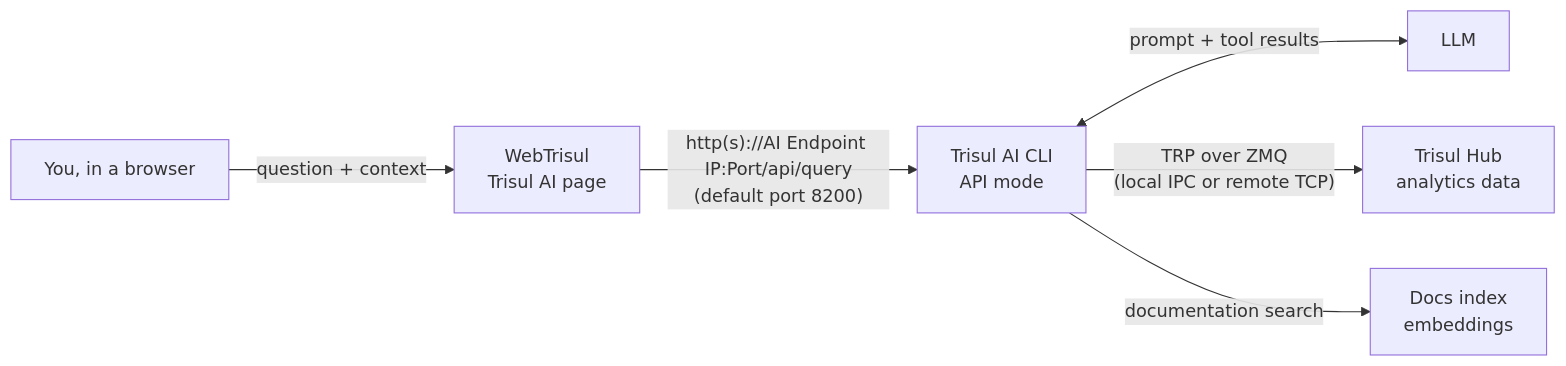
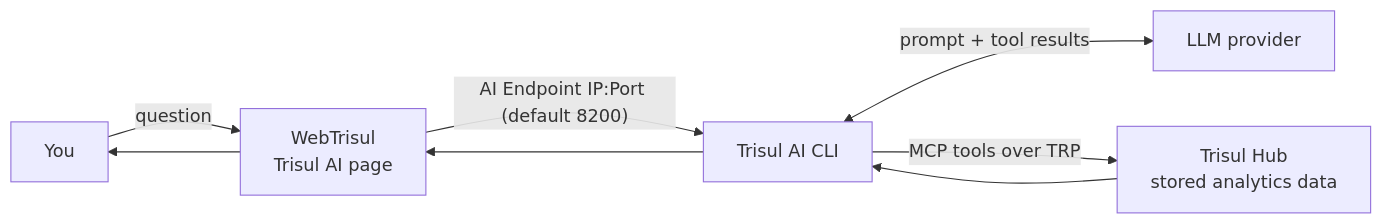
Before and after one commit to trisulnsm/dinodoc: the diagram in trisuldocs/docs/guide/trisulai/index.md, drawn with Mermaid. The commit also changed other lines of this file, not shown here.

Commit message:
in trisul ai index page- link given to ipdr ai page.

````diff
--- a/trisuldocs/docs/guide/trisulai/index.md
+++ b/trisuldocs/docs/guide/trisulai/index.md
@@ -35,8 +37,8 @@
 ```mermaid
 flowchart LR
-  U[You, in a browser] -->|"question + context"| W[WebTrisul<br/>Trisul AI page]
-  W -->|"http(s)://AI Endpoint IP:Port/api/query<br/>(default port 8200)"| C[Trisul AI CLI<br/>API mode]
-  C <-->|prompt + tool results| L[LLM]
-  C -->|"TRP over ZMQ<br/>(local IPC or remote TCP)"| H[Trisul Hub<br/>analytics data]
-  C -->|documentation search| R[Docs index<br/>embeddings]
+  U[You] -->|question| W[WebTrisul<br/>Trisul AI page]
+  W -->|"AI Endpoint IP:Port (default 8200)"| C[Trisul AI CLI]
+  C <-->|prompt + tool results| L[LLM provider]
+  C -->|MCP tools over TRP| H[Trisul Hub<br/>stored analytics data]
+  H --> C --> W --> U
 ```
````
